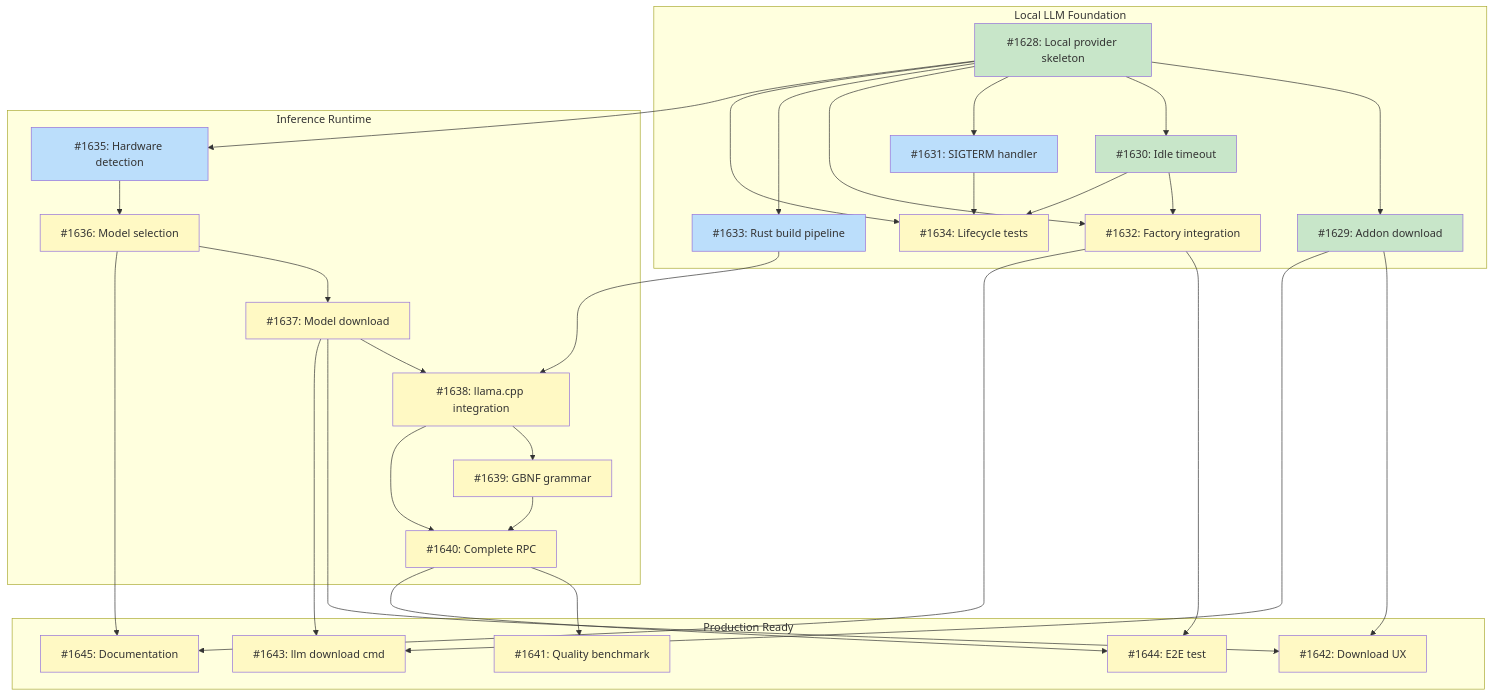
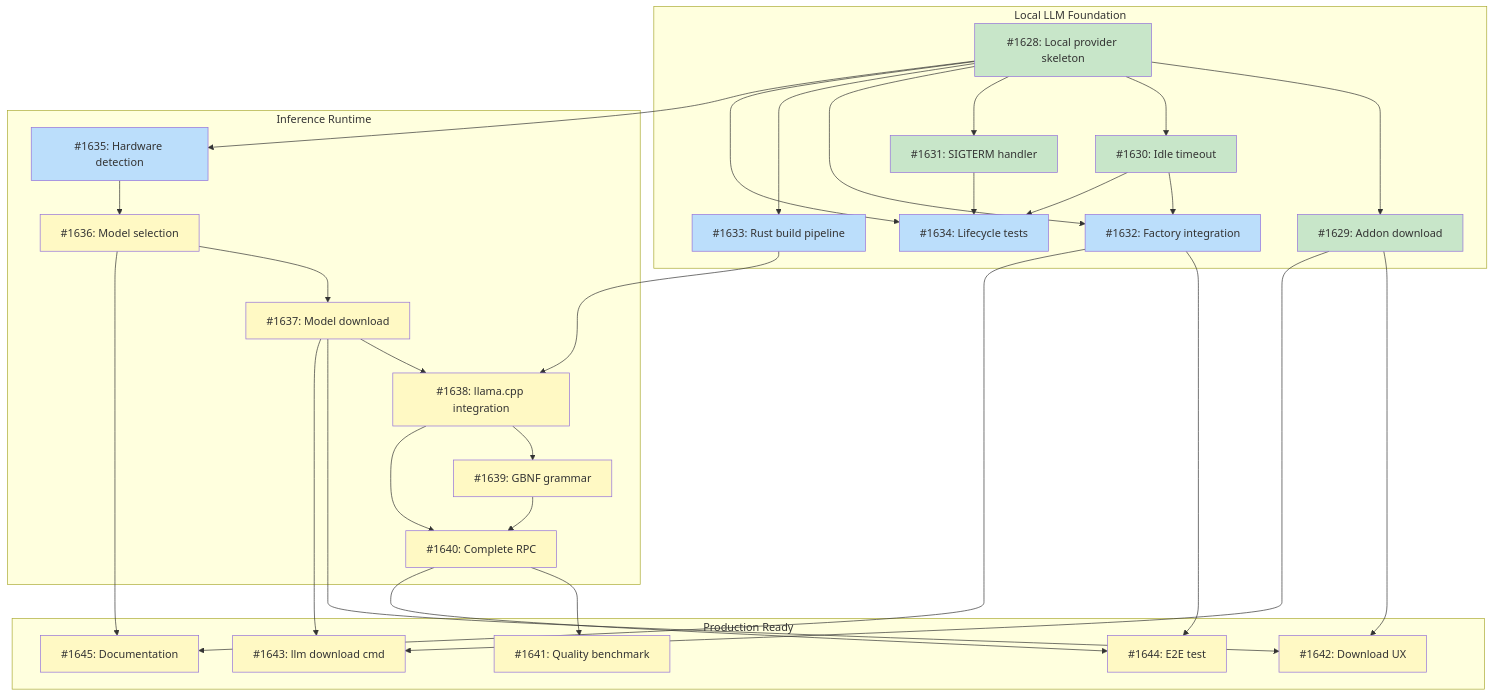
One commit to tsukumogami/tsuku changed the diagram in docs/designs/DESIGN-local-llm-runtime.md. Above: the diagram before and after it, drawn with Mermaid. The commit also changed other lines of this file and 2 other files, not shown here.

Commit message:
feat(llm): implement SIGTERM handler for graceful shutdown
Add signal handling and graceful shutdown to tsuku-llm server:
- Register SIGTERM handler using tokio::signal::unix
- 10-second grace period for in-flight requests
- Clean up socket and lock files on shutdown
- Track in-flight requests with atomic counter
- Add clap for CLI argument parsing
- Support --idle-timeout flag (e.g., "5m", "300s")
- Custom duration parser compatible with Go duration format

The server now handles three shutdown triggers:
1. gRPC Shutdown RPC
2. Idle timeout expiration
3. SIGTERM signal

All paths converge on the same graceful shutdown sequence.

Closes #1631

````diff
--- a/docs/designs/DESIGN-local-llm-runtime.md
+++ b/docs/designs/DESIGN-local-llm-runtime.md
@@ -74,65 +74,65 @@
 ```mermaid
 graph TD
     subgraph M1["Local LLM Foundation"]
         I1628["#1628: Local provider skeleton"]
         I1629["#1629: Addon download"]
         I1630["#1630: Idle timeout"]
         I1631["#1631: SIGTERM handler"]
         I1632["#1632: Factory integration"]
         I1633["#1633: Rust build pipeline"]
         I1634["#1634: Lifecycle tests"]
     end
 
     subgraph M2["Inference Runtime"]
         I1635["#1635: Hardware detection"]
         I1636["#1636: Model selection"]
         I1637["#1637: Model download"]
         I1638["#1638: llama.cpp integration"]
         I1639["#1639: GBNF grammar"]
         I1640["#1640: Complete RPC"]
     end
 
     subgraph M3["Production Ready"]
         I1641["#1641: Quality benchmark"]
         I1642["#1642: Download UX"]
         I1643["#1643: llm download cmd"]
         I1644["#1644: E2E test"]
         I1645["#1645: Documentation"]
     end
 
     I1628 --> I1629
     I1628 --> I1630
     I1628 --> I1631
     I1628 --> I1632
     I1630 --> I1632
     I1628 --> I1633
     I1628 --> I1634
     I1630 --> I1634
     I1631 --> I1634
     I1628 --> I1635
     I1635 --> I1636
     I1636 --> I1637
     I1633 --> I1638
     I1637 --> I1638
     I1638 --> I1639
     I1638 --> I1640
     I1639 --> I1640
     I1640 --> I1641
     I1629 --> I1642
     I1637 --> I1642
     I1629 --> I1643
     I1637 --> I1643
     I1640 --> I1644
     I1632 --> I1644
     I1632 --> I1645
     I1636 --> I1645
 
     classDef done fill:#c8e6c9
     classDef ready fill:#bbdefb
     classDef blocked fill:#fff9c4
     classDef needsDesign fill:#e1bee7
 
-    class I1628,I1629,I1630 done
-    class I1631,I1633,I1635 ready
-    class I1632,I1634,I1636,I1637,I1638,I1639,I1640,I1641,I1642,I1643,I1644,I1645 blocked
+    class I1628,I1629,I1630,I1631 done
+    class I1632,I1633,I1634,I1635 ready
+    class I1636,I1637,I1638,I1639,I1640,I1641,I1642,I1643,I1644,I1645 blocked
 ```
````
